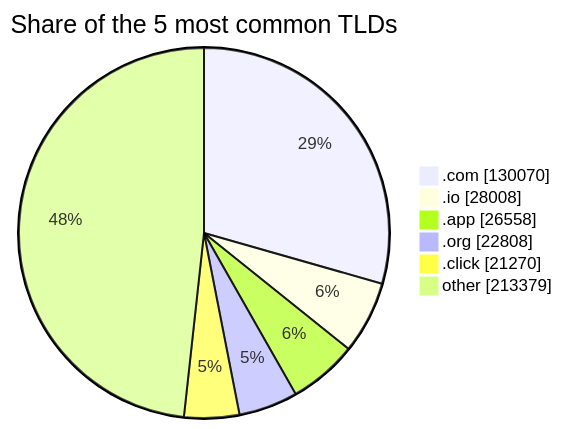
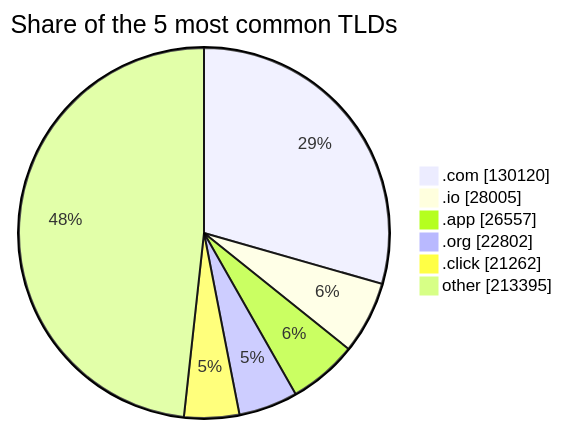
One commit to DNSBunker/CTI changed the third of 3 diagrams in README.md. Above: the diagram before and after it, drawn with Mermaid. The commit also changed other lines of this file and 3 other files, not shown here.

````diff
--- a/README.md
+++ b/README.md
@@ -81,9 +81,9 @@
 ```mermaid
 pie showData title Share of the 5 most common TLDs
-    ".com" : 130070
-    ".io" : 28008
-    ".app" : 26558
-    ".org" : 22808
-    ".click" : 21270
-    "other" : 213379
+    ".com" : 130120
+    ".io" : 28005
+    ".app" : 26557
+    ".org" : 22802
+    ".click" : 21262
+    "other" : 213395
 ```
````
